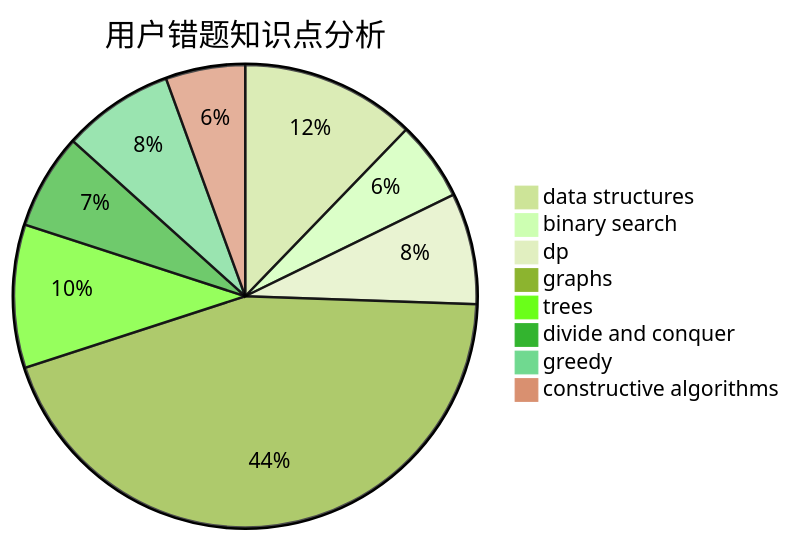
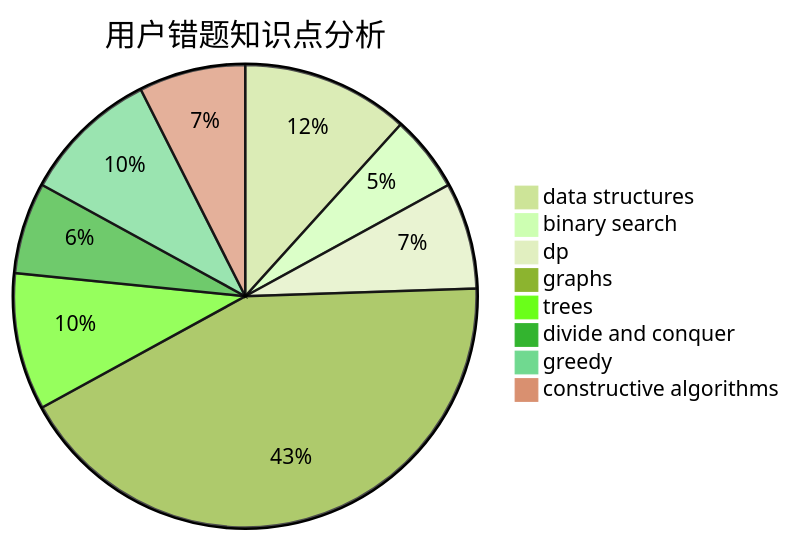
Before and after one commit to sherpahu/cfrs.github.io: the third of 3 diagrams in docs/user/u1100.md, drawn with Mermaid (forest theme). The commit also changed other lines of this file and 2770 other files, not shown here.

````diff
--- a/docs/user/u1100.md
+++ b/docs/user/u1100.md
@@ -36,11 +36,11 @@
 ```mermaid
 pie title 用户错题知识点分析
     "data structures" :  11
     "binary search" :  5
     "dp" :  7
     "graphs" :  40
     "trees" :  9
     "divide and conquer" :  6
-    "greedy" :  7
-    "constructive algorithms" :  5
+    "greedy" :  9
+    "constructive algorithms" :  7
 ```
````
